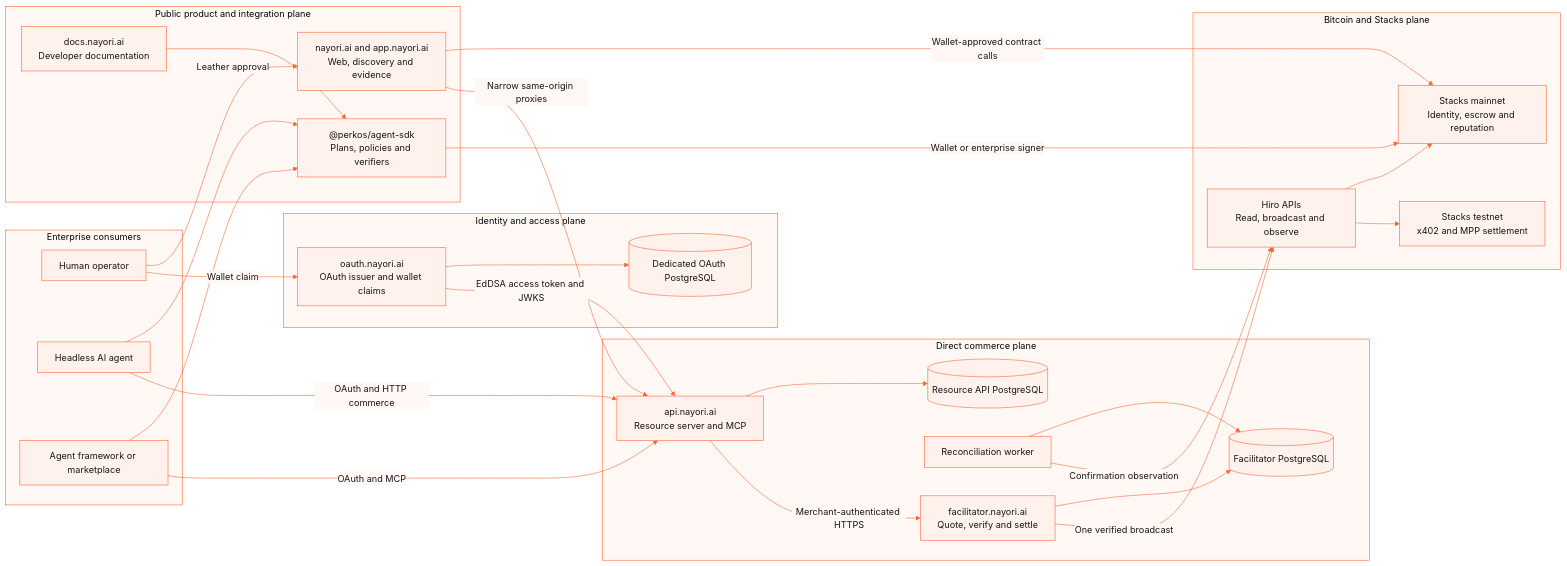
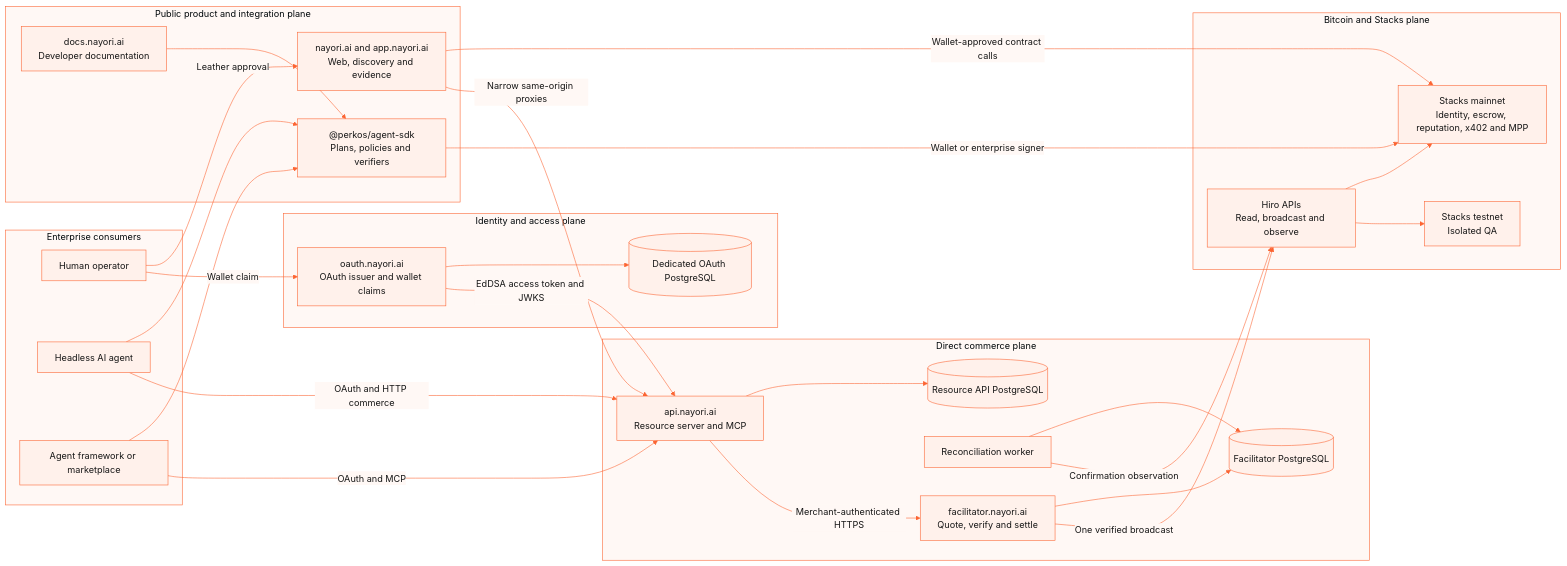
One commit to PerkOS-xyz/PerkOS-Nayori changed the first of 5 diagrams in README.md. Above: the diagram before and after it, drawn with Mermaid. The commit also changed other lines of this file and 22 other files, not shown here.

````diff
--- a/README.md
+++ b/README.md
@@ -144,56 +144,56 @@
 ```mermaid
 %%{init: {'theme':'base','themeVariables':{'primaryColor':'#FFF1EB','primaryBorderColor':'#FC6432','primaryTextColor':'#161616','secondaryColor':'#FFE2D7','tertiaryColor':'#FFF8F5','lineColor':'#FC6432','clusterBkg':'#FFF8F5','clusterBorder':'#FC6432','edgeLabelBackground':'#FFF8F5','fontFamily':'Inter, Arial, sans-serif'}}}%%
 flowchart LR
   subgraph Consumers[Enterprise consumers]
     Human[Human operator]
     Agent[Headless AI agent]
     Framework[Agent framework or marketplace]
   end
 
   subgraph PublicPlane[Public product and integration plane]
     Web["nayori.ai and app.nayori.ai<br/>Web, discovery and evidence"]
     SDK["@perkos/agent-sdk<br/>Plans, policies and verifiers"]
     Docs["docs.nayori.ai<br/>Developer documentation"]
   end
 
   subgraph IdentityPlane[Identity and access plane]
     OAuth["oauth.nayori.ai<br/>OAuth issuer and wallet claims"]
     OAuthDB[(Dedicated OAuth PostgreSQL)]
   end
 
   subgraph CommercePlane[Direct commerce plane]
     API["api.nayori.ai<br/>Resource server and MCP"]
     Facilitator["facilitator.nayori.ai<br/>Quote, verify and settle"]
     Worker[Reconciliation worker]
     APIDB[(Resource API PostgreSQL)]
     SettlementDB[(Facilitator PostgreSQL)]
   end
 
   subgraph BitcoinPlane[Bitcoin and Stacks plane]
-    Mainnet["Stacks mainnet<br/>Identity, escrow and reputation"]
-    Testnet["Stacks testnet<br/>x402 and MPP settlement"]
+    Mainnet["Stacks mainnet<br/>Identity, escrow, reputation, x402 and MPP"]
+    Testnet["Stacks testnet<br/>Isolated QA"]
     Hiro["Hiro APIs<br/>Read, broadcast and observe"]
   end
 
   Human -->|Leather approval| Web
   Human -->|Wallet claim| OAuth
   Agent --> SDK
   Framework --> SDK
   Agent -->|OAuth and HTTP commerce| API
   Framework -->|OAuth and MCP| API
   Docs --> SDK
 
   Web -->|Wallet-approved contract calls| Mainnet
   SDK -->|Wallet or enterprise signer| Mainnet
   Web -->|Narrow same-origin proxies| API
   OAuth --> OAuthDB
   OAuth -->|EdDSA access token and JWKS| API
   API --> APIDB
   API -->|Merchant-authenticated HTTPS| Facilitator
   Facilitator --> SettlementDB
   Worker --> SettlementDB
   Facilitator -->|One verified broadcast| Hiro
   Worker -->|Confirmation observation| Hiro
   Hiro --> Mainnet
   Hiro --> Testnet
 ```
````
